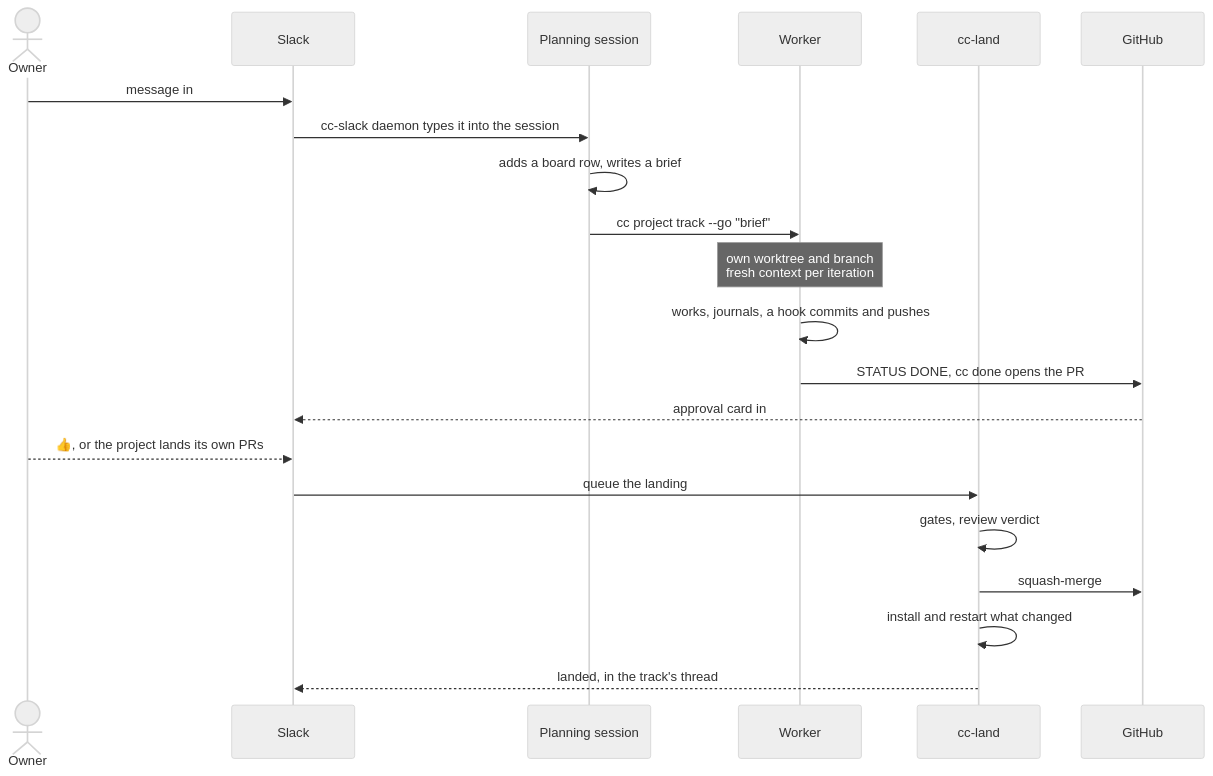
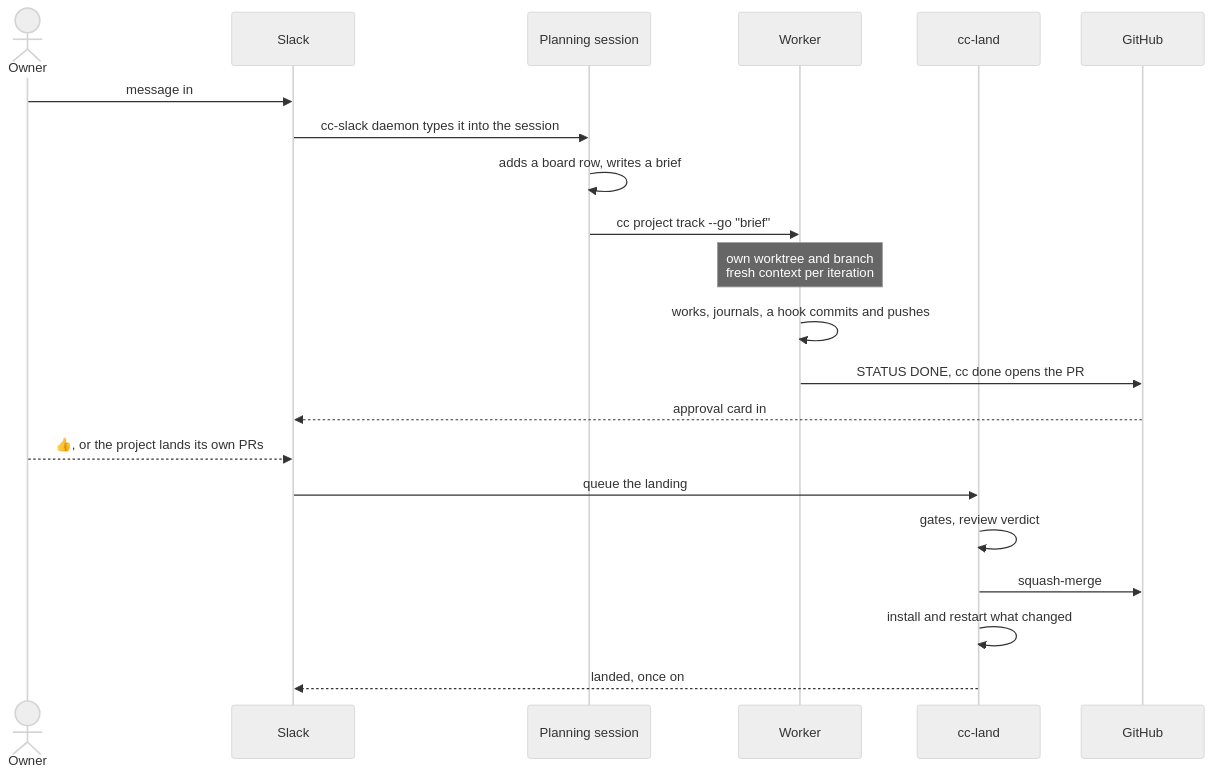
One commit to ihsan-sa/autobox changed the second of 5 diagrams in docs/TOUR.md. Above: the diagram before and after it, drawn with Mermaid (neutral theme). The commit also changed 9 other files, not shown here.

````diff
--- a/docs/TOUR.md
+++ b/docs/TOUR.md
@@ -35,23 +35,23 @@
 ```mermaid
 sequenceDiagram
   actor O as Owner
   participant S as Slack
   participant P as Planning session
   participant W as Worker
   participant L as cc-land
   participant G as GitHub
   O->>S: message in #project
   S->>P: cc-slack daemon types it into the session
   P->>P: adds a board row, writes a brief
   P->>W: cc project track --go "brief"
   Note over W: own worktree and branch<br/>fresh context per iteration
   W->>W: works, journals, a hook commits and pushes
   W->>G: STATUS DONE, cc done opens the PR
   G-->>S: approval card in #approvals
   O-->>S: 👍, or the project lands its own PRs
   S->>L: queue the landing
   L->>L: gates, review verdict
   L->>G: squash-merge
   L->>L: install and restart what changed
-  L-->>S: landed, in the track's thread
+  L-->>S: landed, once on #<repo>
 ```
````
